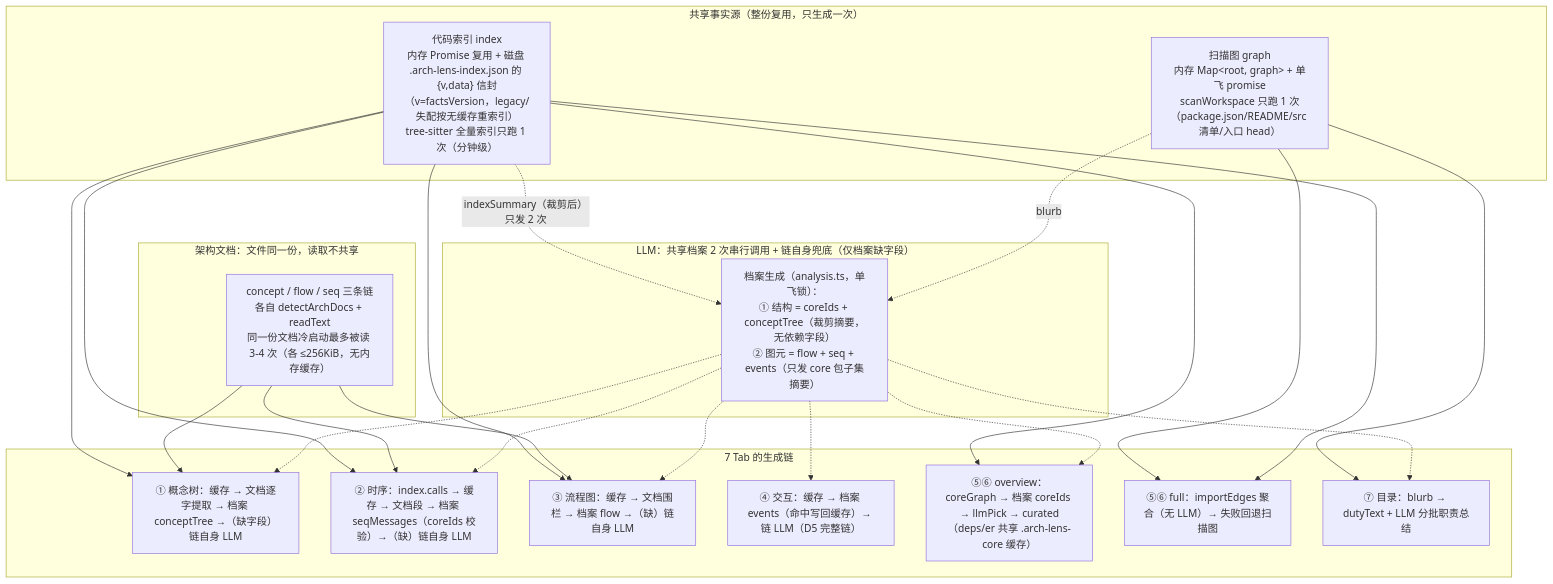
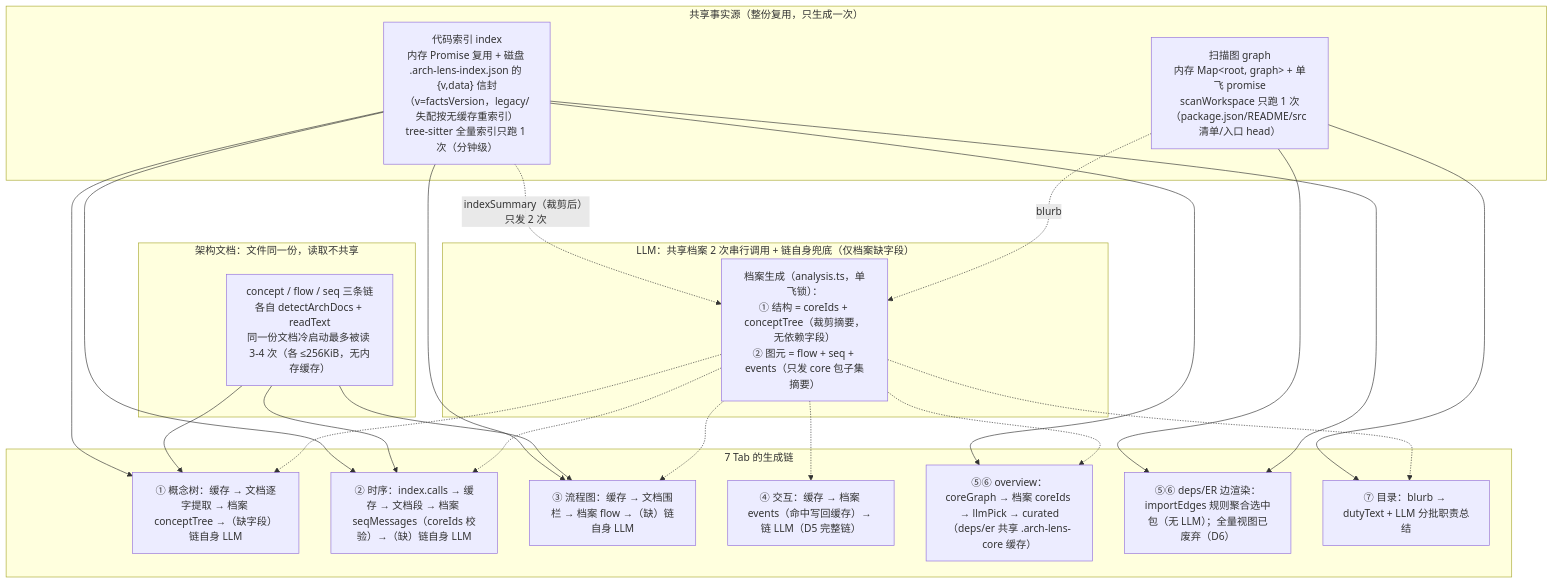
The tenth of 13 diagrams in docs/arch-lens-diagrams.md (gwj001/arch-lens), drawn with Mermaid before and after one commit. The commit also changed other lines of this file and 1 other file, not shown here.

````diff
--- a/docs/arch-lens-diagrams.md
+++ b/docs/arch-lens-diagrams.md
@@ -440,40 +444,40 @@
 ```mermaid
 flowchart TB
     subgraph SHARED["共享事实源（整份复用，只生成一次）"]
         G["扫描图 graph<br/>内存 Map&lt;root, graph&gt; + 单飞 promise<br/>scanWorkspace 只跑 1 次（package.json/README/src 清单/入口 head）"]
         I["代码索引 index<br/>内存 Promise 复用 + 磁盘 .arch-lens-index.json 的 {v,data} 信封（v=factsVersion，legacy/失配按无缓存重索引）<br/>tree-sitter 全量索引只跑 1 次（分钟级）"]
     end
     subgraph DOCREAD["架构文档：文件同一份，读取不共享"]
         D["concept / flow / seq 三条链各自 detectArchDocs + readText<br/>同一份文档冷启动最多被读 3-4 次（各 ≤256KiB，无内存缓存）"]
     end
     subgraph CHAINS["7 Tab 的生成链"]
         T1["① 概念树：缓存 → 文档逐字提取 → 档案 conceptTree →（缺字段）链自身 LLM"]
         T2["② 时序：index.calls → 缓存 → 文档段 → 档案 seqMessages（coreIds 校验）→（缺）链自身 LLM"]
         T3["③ 流程图：缓存 → 文档围栏 → 档案 flow →（缺）链自身 LLM"]
         T4["④ 交互：缓存 → 档案 events（命中写回缓存）→ 链 LLM（D5 完整链）"]
         T5["⑤⑥ overview：coreGraph → 档案 coreIds → llmPick → curated（deps/er 共享 .arch-lens-core 缓存）"]
-        T6["⑤⑥ full：importEdges 聚合（无 LLM）→ 失败回退扫描图"]
+        T6["⑤⑥ deps/ER 边渲染：importEdges 规则聚合选中包（无 LLM）；全量视图已废弃（D6）"]
         T7["⑦ 目录：blurb → dutyText + LLM 分批职责总结"]
     end
     subgraph LLMCTX["LLM：共享档案 2 次串行调用 + 链自身兜底（仅档案缺字段）"]
         LL["档案生成（analysis.ts，单飞锁）：<br/>① 结构 = coreIds + conceptTree（裁剪摘要，无依赖字段）<br/>② 图元 = flow + seq + events（只发 core 包子集摘要）"]
     end
     G --> T6
     G --> T7
     I --> T1
     I --> T2
     I --> T3
     I --> T5
     I --> T6
     D --> T1
     D --> T2
     D --> T3
     I -.->|"indexSummary（裁剪后）只发 2 次"| LL
     G -.->|"blurb"| LL
     LL -.-> T1
     LL -.-> T2
     LL -.-> T3
     LL -.-> T4
     LL -.-> T5
     LL -.-> T7
 ```
````
